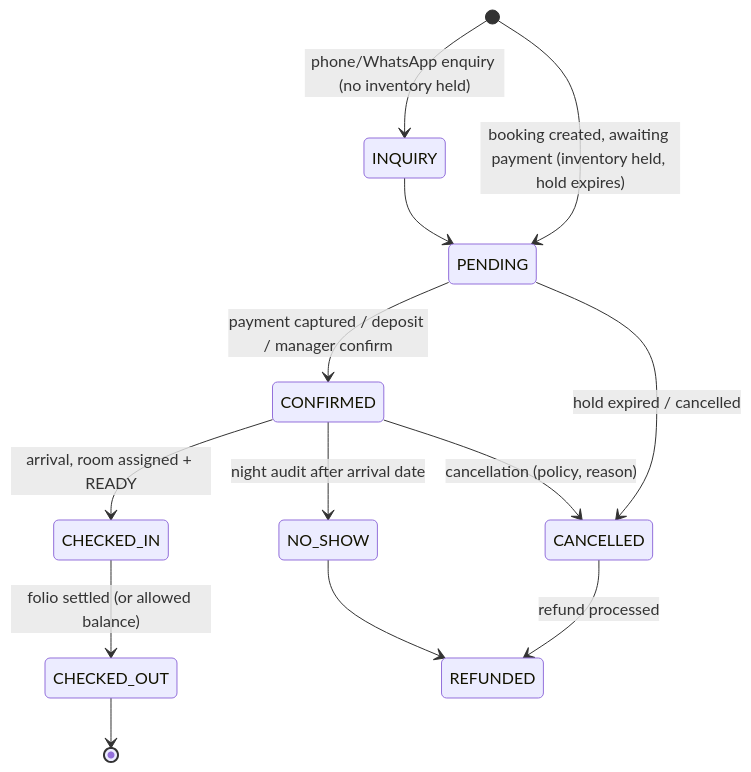
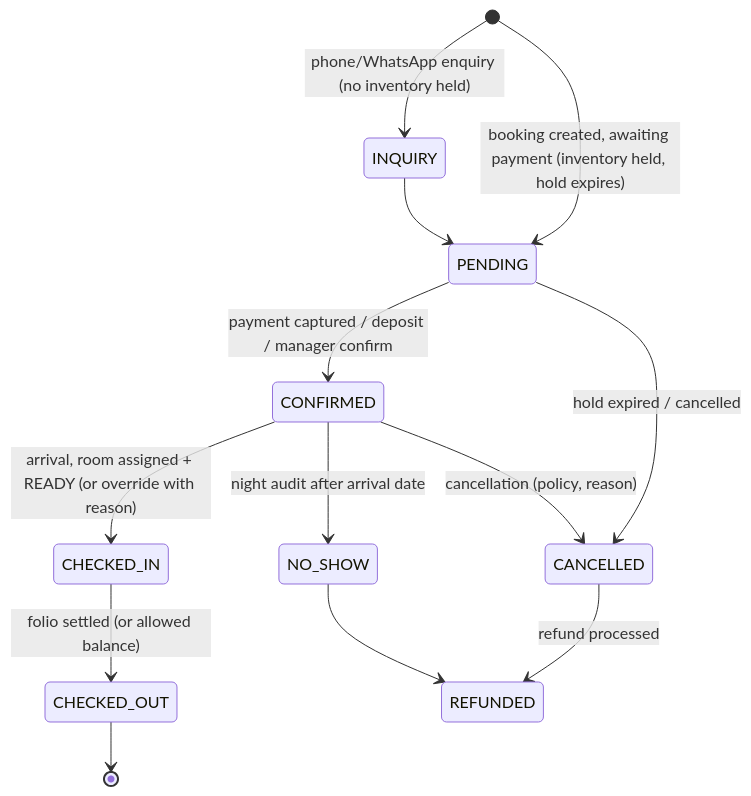
One commit to Prathamesh27702/resort-os changed the first of 4 diagrams in docs/architecture/lifecycles.md. Above: the diagram before and after it, drawn with Mermaid. The commit also changed other lines of this file and 28 other files, not shown here.

First line of the commit message:
Sprint 07: browser tests, API and database checks, docs, screenshots and diagram

````diff
--- a/docs/architecture/lifecycles.md
+++ b/docs/architecture/lifecycles.md
@@ -9,15 +9,15 @@
 ```mermaid
 stateDiagram-v2
   [*] --> INQUIRY: phone/WhatsApp enquiry (no inventory held)
   [*] --> PENDING: booking created, awaiting payment (inventory held, hold expires)
   INQUIRY --> PENDING
   PENDING --> CONFIRMED: payment captured / deposit / manager confirm
   PENDING --> CANCELLED: hold expired / cancelled
-  CONFIRMED --> CHECKED_IN: arrival, room assigned + READY
+  CONFIRMED --> CHECKED_IN: arrival, room assigned + READY (or override with reason)
   CONFIRMED --> CANCELLED: cancellation (policy, reason)
   CONFIRMED --> NO_SHOW: night audit after arrival date
   CHECKED_IN --> CHECKED_OUT: folio settled (or allowed balance)
   CANCELLED --> REFUNDED: refund processed
   NO_SHOW --> REFUNDED
   CHECKED_OUT --> [*]
 ```
````
